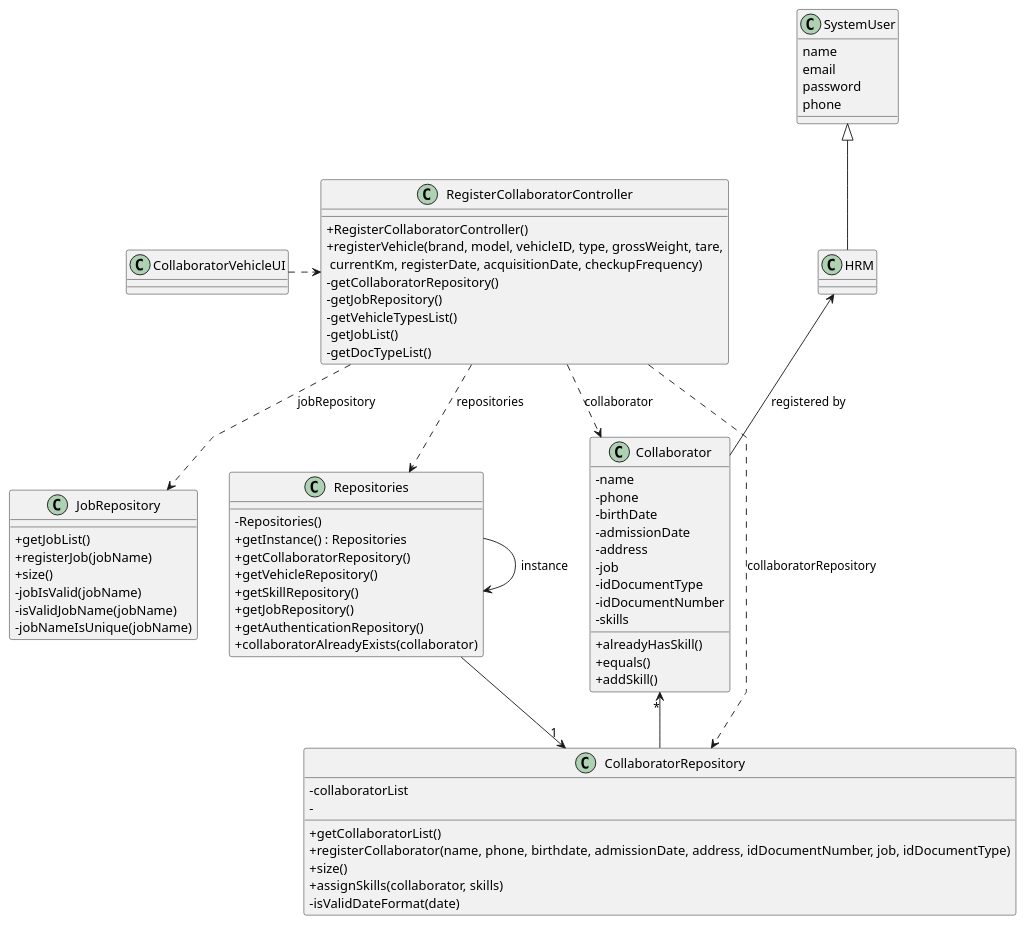
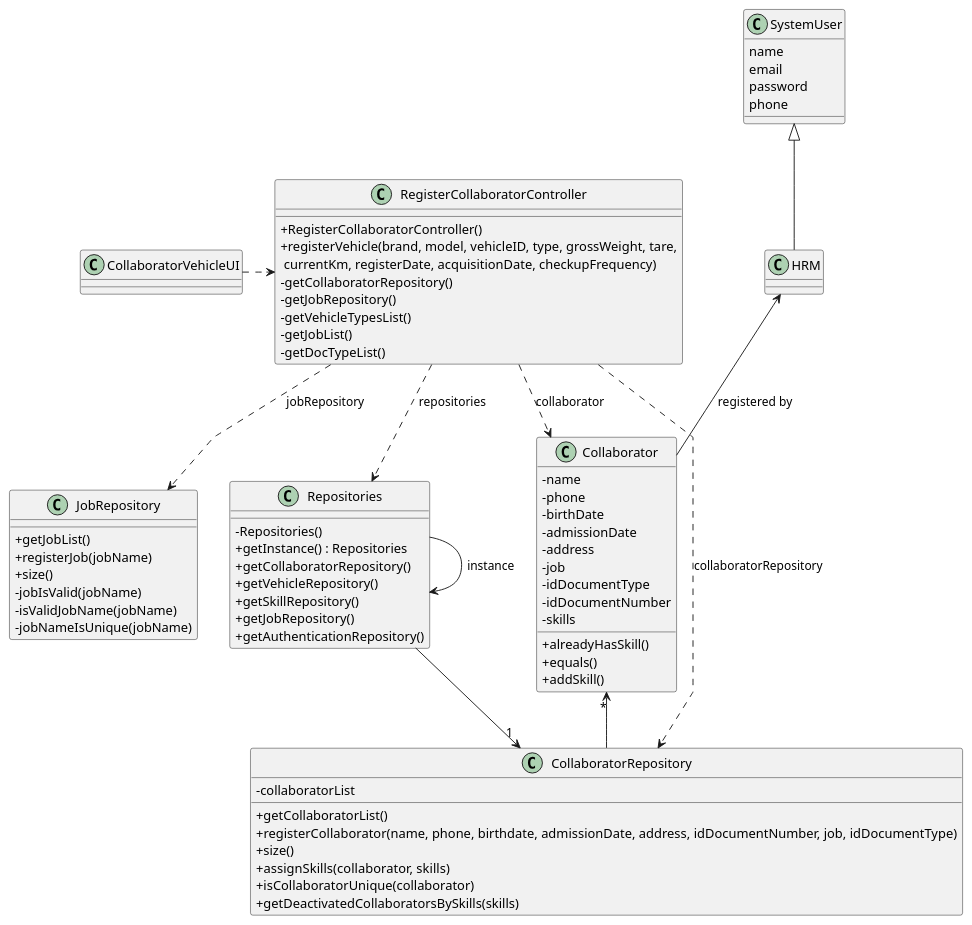
Before and after one commit to Departamento-de-Engenharia-Informatica/lei-24-s2-1do-g164: the diagram in docs/sprintB/us003/03.design/puml/us003-class-diagram.puml, drawn with PlantUML. The commit also changed 2 other files, not shown here.

Commit message:
US003(docs): class diagram and SD Diagram

```diff
--- a/docs/sprintB/us003/03.design/puml/us003-class-diagram.puml
+++ b/docs/sprintB/us003/03.design/puml/us003-class-diagram.puml
@@ -1,92 +1,92 @@
 @startuml
 'skinparam monochrome true
 skinparam packageStyle rectangle
 skinparam shadowing false
 skinparam linetype polyline
 'skinparam linetype orto
 
 skinparam classAttributeIconSize 0
 
 'left to right direction
 
 class Collaborator {
     - name
     - phone
     - birthDate
     - admissionDate
     - address
     - job
     - idDocumentType
     - idDocumentNumber
     - skills
     + alreadyHasSkill()
     + equals()
     + addSkill()
 }
 
 class Repositories {
 
 
     - Repositories()
     + getInstance() : Repositories
     + getCollaboratorRepository()
     + getVehicleRepository()
     + getSkillRepository()
     + getJobRepository()
     + getAuthenticationRepository()
-    + collaboratorAlreadyExists(collaborator)
 }
 
 class CollaboratorRepository {
     - collaboratorList
     + getCollaboratorList()
     + registerCollaborator(name, phone, birthdate, admissionDate, address, idDocumentNumber, job, idDocumentType)
     + size()
     + assignSkills(collaborator, skills)
-    - isValidDateFormat(date)
-    -
+    + isCollaboratorUnique(collaborator)
+    +getDeactivatedCollaboratorsBySkills(skills)
+
 }
 
 class RegisterCollaboratorController {
 
     + RegisterCollaboratorController()
     + registerVehicle(brand, model, vehicleID, type, grossWeight, tare,\n currentKm, registerDate, acquisitionDate, checkupFrequency)
     - getCollaboratorRepository()
     - getJobRepository()
     - getVehicleTypesList()
     - getJobList()
     - getDocTypeList()
 }
 
 class JobRepository {
     + getJobList()
     + registerJob(jobName)
     + size()
     - jobIsValid(jobName)
     - isValidJobName(jobName)
     - jobNameIsUnique(jobName)
 }
 
 class HRM {}
 
 class SystemUser {
     name
     email
     password
     phone
 }
 
 
 SystemUser <|-- HRM
 HRM  <-- Collaborator : registered by
 RegisterCollaboratorController ..> Repositories : repositories
 RegisterCollaboratorController ..> CollaboratorRepository : collaboratorRepository
 RegisterCollaboratorController ..> JobRepository : jobRepository
 RegisterCollaboratorController ..> Collaborator : collaborator
 
 CollaboratorVehicleUI .> RegisterCollaboratorController
 Repositories -->"1" CollaboratorRepository
 Repositories -> Repositories : instance
 Collaborator "*" <-- CollaboratorRepository
 
 @enduml
```
